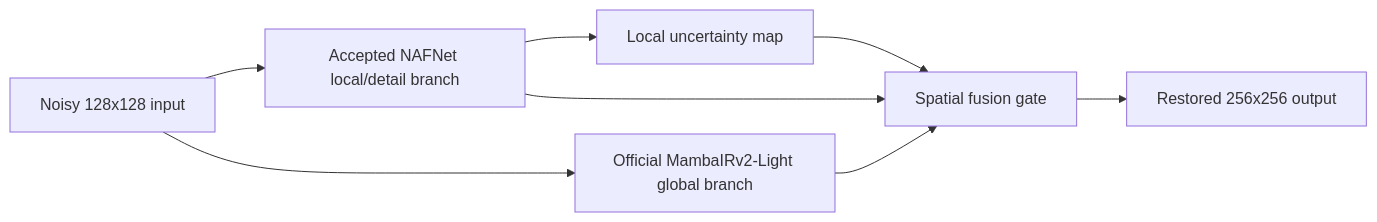
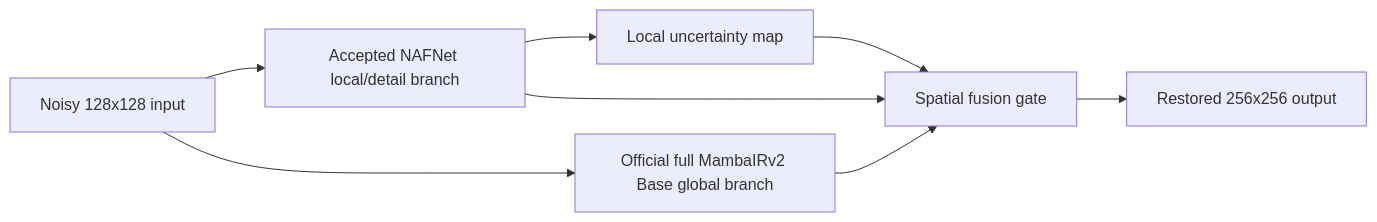
One commit to kmbeddedd/semicon_2026 changed the second of 2 diagrams in README.md. Above: the diagram before and after it, drawn with Mermaid. The commit also changed other lines of this file and 7 other files, not shown here.

````diff
--- a/README.md
+++ b/README.md
@@ -114,10 +114,10 @@
 ```mermaid
 flowchart LR
     A[Noisy 128x128 input] --> L[Accepted NAFNet local/detail branch]
-    A --> M[Official MambaIRv2-Light global branch]
+    A --> M[Official full MambaIRv2 Base global branch]
     L --> U[Local uncertainty map]
     L --> F[Spatial fusion gate]
     M --> F
     U --> F
     F --> O[Restored 256x256 output]
 ```
````
